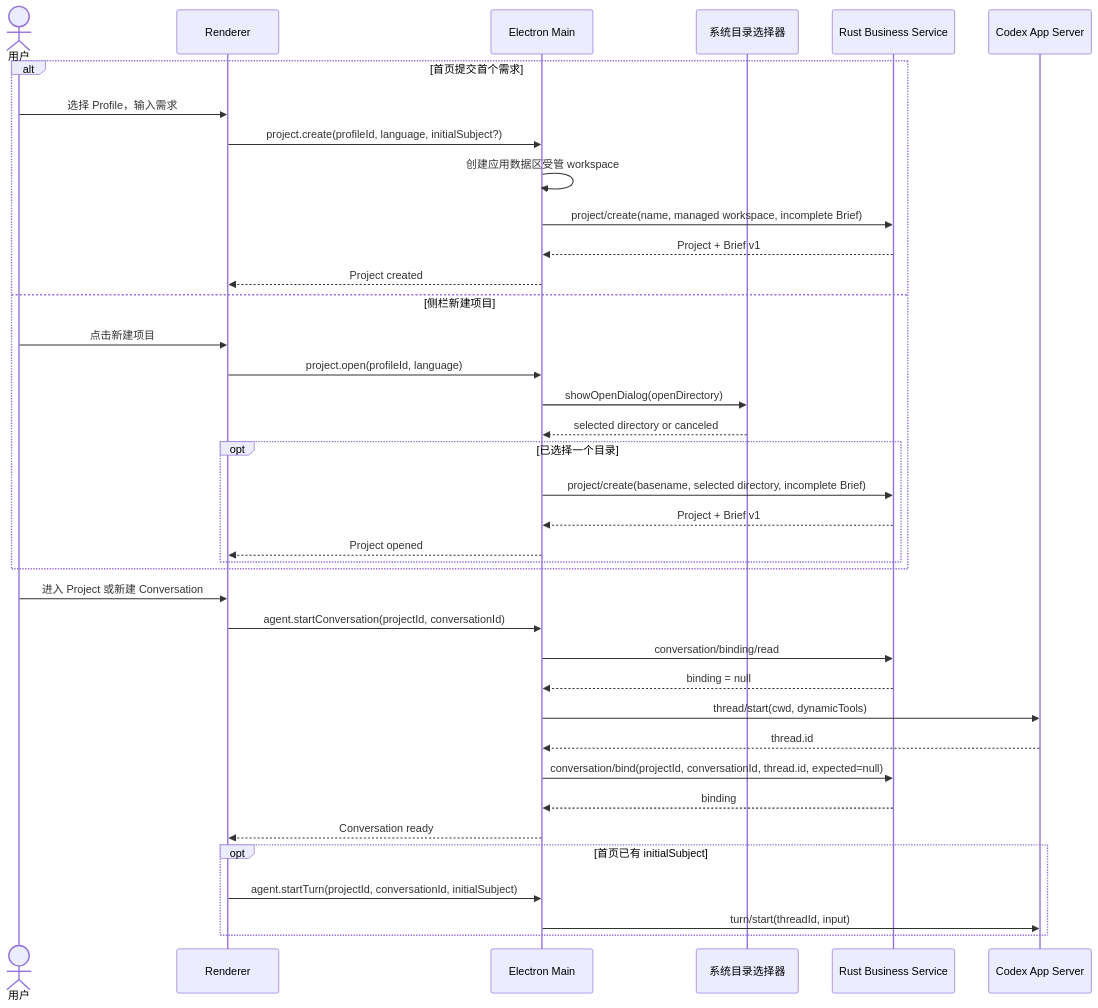
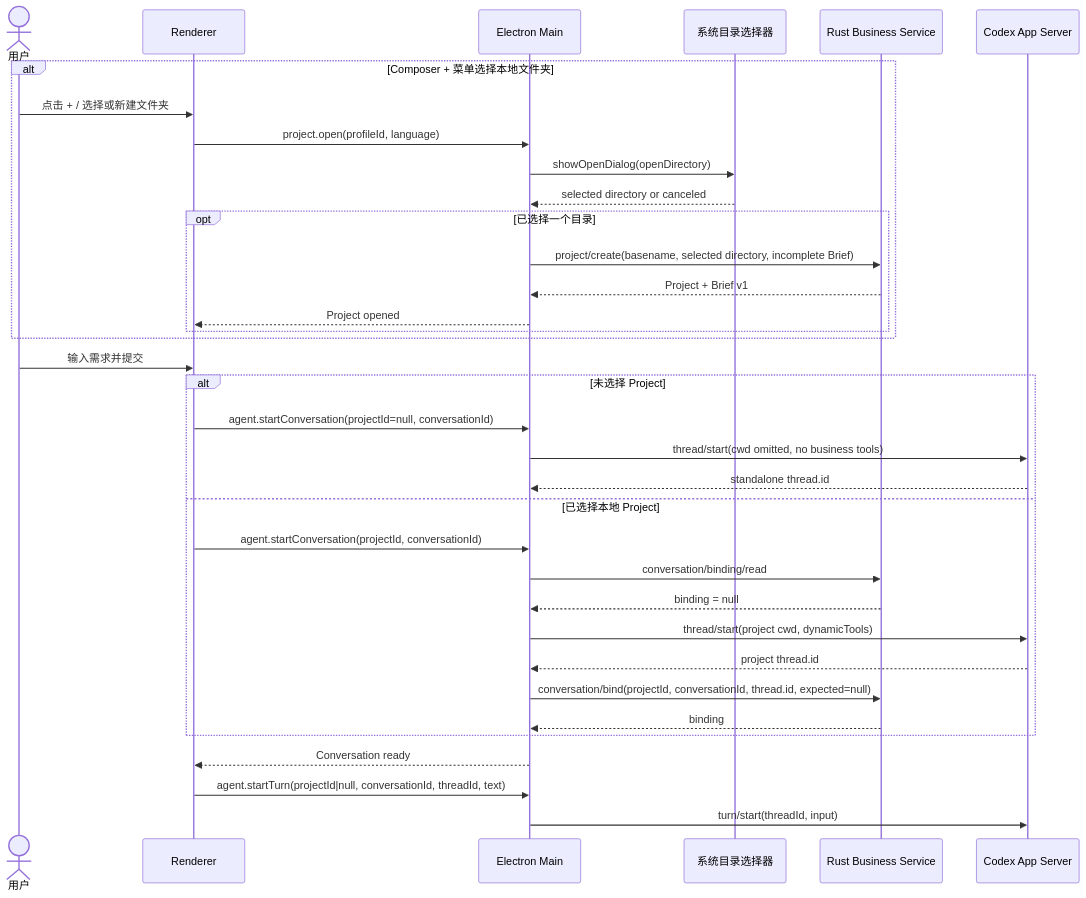
The fourth of 9 diagrams in internal/roadmap/v1/DIAGRAMS.md (limecloud/limeshot), drawn with Mermaid before and after one commit. The commit also changed other lines of this file and 754 other files, not shown here.

````diff
--- a/internal/roadmap/v1/DIAGRAMS.md
+++ b/internal/roadmap/v1/DIAGRAMS.md
@@ -77,41 +77,38 @@
 ```mermaid
 sequenceDiagram
     actor User as 用户
     participant UI as Renderer
     participant Host as Electron Main
     participant Picker as 系统目录选择器
     participant Biz as Rust Business Service
     participant Codex as Codex App Server
 
-    alt 首页提交首个需求
-        User->>UI: 选择 Profile，输入需求
-        UI->>Host: project.create(profileId, language, initialSubject?)
-        Host->>Host: 创建应用数据区受管 workspace
-        Host->>Biz: project/create(name, managed workspace, incomplete Brief)
-        Biz-->>Host: Project + Brief v1
-        Host-->>UI: Project created
-    else 侧栏新建项目
-        User->>UI: 点击新建项目
+    alt Composer + 菜单选择本地文件夹
+        User->>UI: 点击 + / 选择或新建文件夹
         UI->>Host: project.open(profileId, language)
         Host->>Picker: showOpenDialog(openDirectory)
         Picker-->>Host: selected directory or canceled
         opt 已选择一个目录
             Host->>Biz: project/create(basename, selected directory, incomplete Brief)
             Biz-->>Host: Project + Brief v1
             Host-->>UI: Project opened
         end
     end
-    User->>UI: 进入 Project 或新建 Conversation
-    UI->>Host: agent.startConversation(projectId, conversationId)
-    Host->>Biz: conversation/binding/read
-    Biz-->>Host: binding = null
-    Host->>Codex: thread/start(cwd, dynamicTools)
-    Codex-->>Host: thread.id
-    Host->>Biz: conversation/bind(projectId, conversationId, thread.id, expected=null)
-    Biz-->>Host: binding
+    User->>UI: 输入需求并提交
+    alt 未选择 Project
+        UI->>Host: agent.startConversation(projectId=null, conversationId)
+        Host->>Codex: thread/start(cwd omitted, no business tools)
+        Codex-->>Host: standalone thread.id
+    else 已选择本地 Project
+        UI->>Host: agent.startConversation(projectId, conversationId)
+        Host->>Biz: conversation/binding/read
+        Biz-->>Host: binding = null
+        Host->>Codex: thread/start(project cwd, dynamicTools)
+        Codex-->>Host: project thread.id
+        Host->>Biz: conversation/bind(projectId, conversationId, thread.id, expected=null)
+        Biz-->>Host: binding
+    end
     Host-->>UI: Conversation ready
-    opt 首页已有 initialSubject
-        UI->>Host: agent.startTurn(projectId, conversationId, initialSubject)
-        Host->>Codex: turn/start(threadId, input)
-    end
+    UI->>Host: agent.startTurn(projectId|null, conversationId, threadId, text)
+    Host->>Codex: turn/start(threadId, input)
 ```
````
